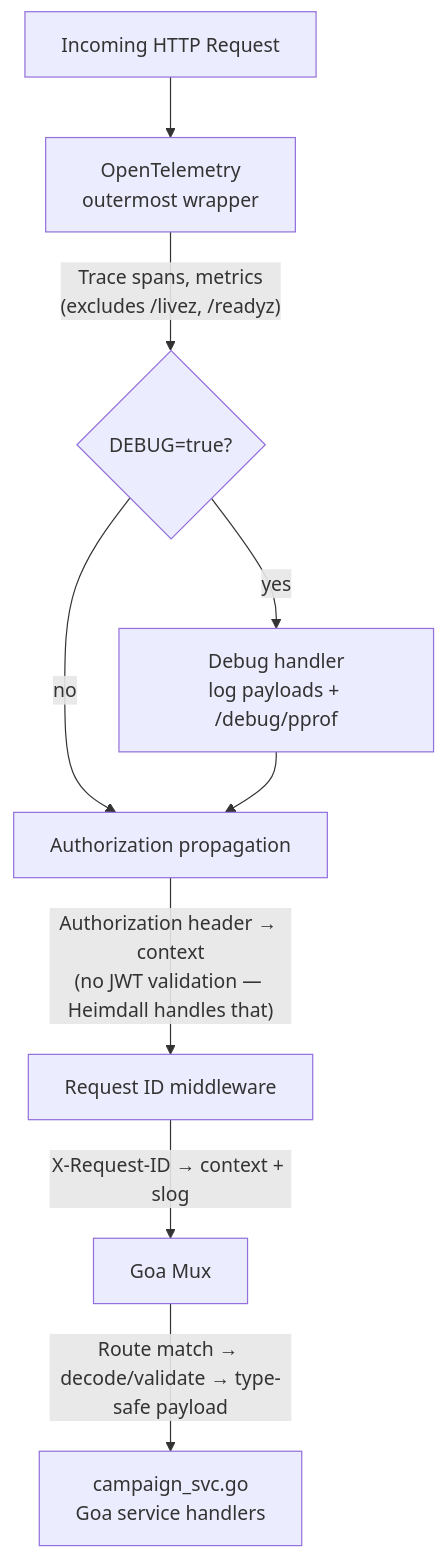
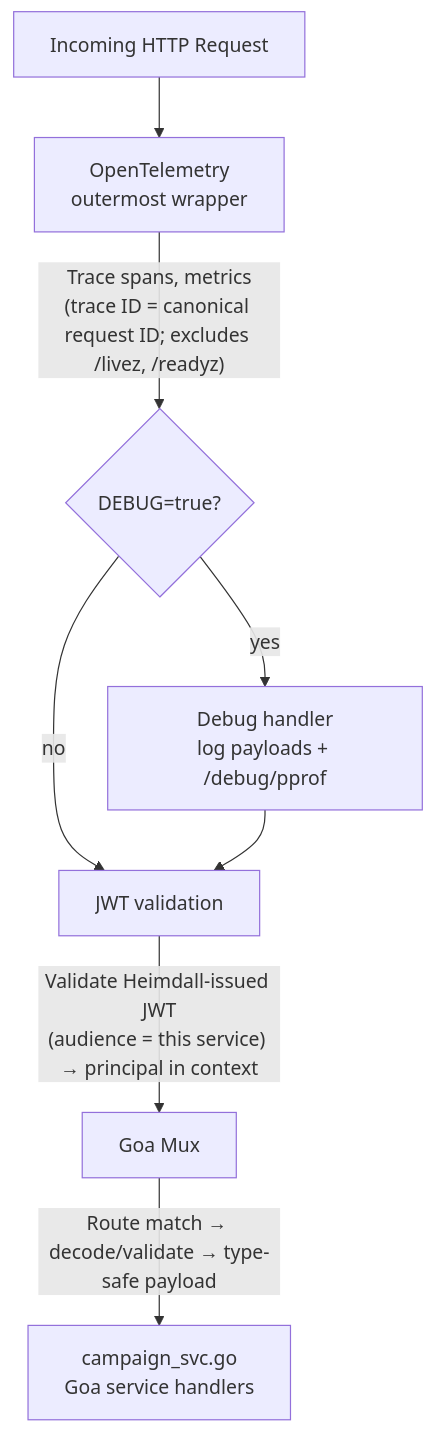
The second of 6 diagrams in docs/build-summary.md (linuxfoundation/lfx-v2-campaign-service), drawn with Mermaid before and after one commit. The commit also changed other lines of this file and 3 other files, not shown here.

````diff
--- a/docs/build-summary.md
+++ b/docs/build-summary.md
@@ -115,11 +115,10 @@
 ```mermaid
 flowchart TD
     req[Incoming HTTP Request] --> otel[OpenTelemetry\noutermost wrapper]
-    otel -->|"Trace spans, metrics\n(excludes /livez, /readyz)"| debug{DEBUG=true?}
+    otel -->|"Trace spans, metrics\n(trace ID = canonical request ID; excludes /livez, /readyz)"| debug{DEBUG=true?}
     debug -->|yes| dbg[Debug handler\nlog payloads + /debug/pprof]
-    debug -->|no| authz[Authorization propagation]
-    dbg --> authz
-    authz -->|"Authorization header → context\n(no JWT validation — Heimdall handles that)"| rid[Request ID middleware]
-    rid -->|"X-Request-ID → context + slog"| goa[Goa Mux]
+    debug -->|no| jwt[JWT validation]
+    dbg --> jwt
+    jwt -->|"Validate Heimdall-issued JWT\n(audience = this service) → principal in context"| goa[Goa Mux]
     goa -->|"Route match → decode/validate → type-safe payload"| svc[campaign_svc.go\nGoa service handlers]
 ```
````
